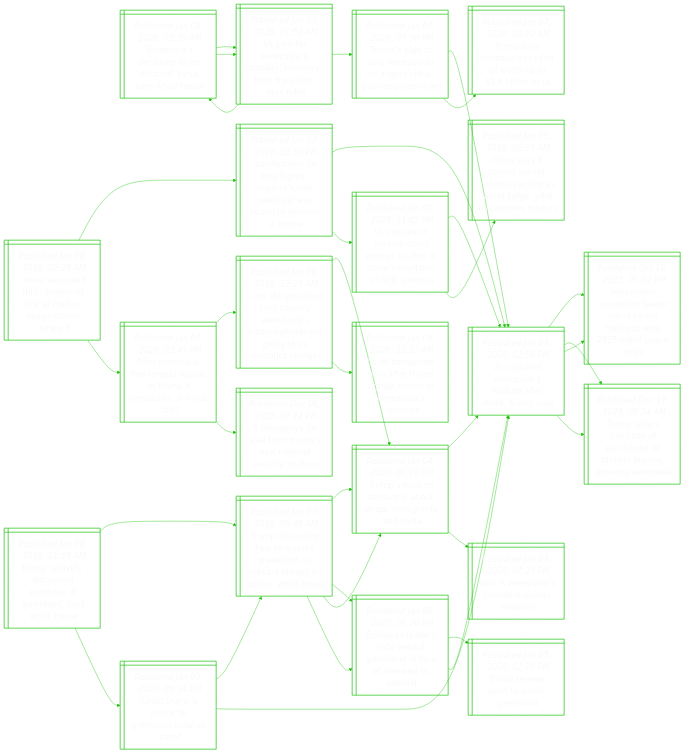
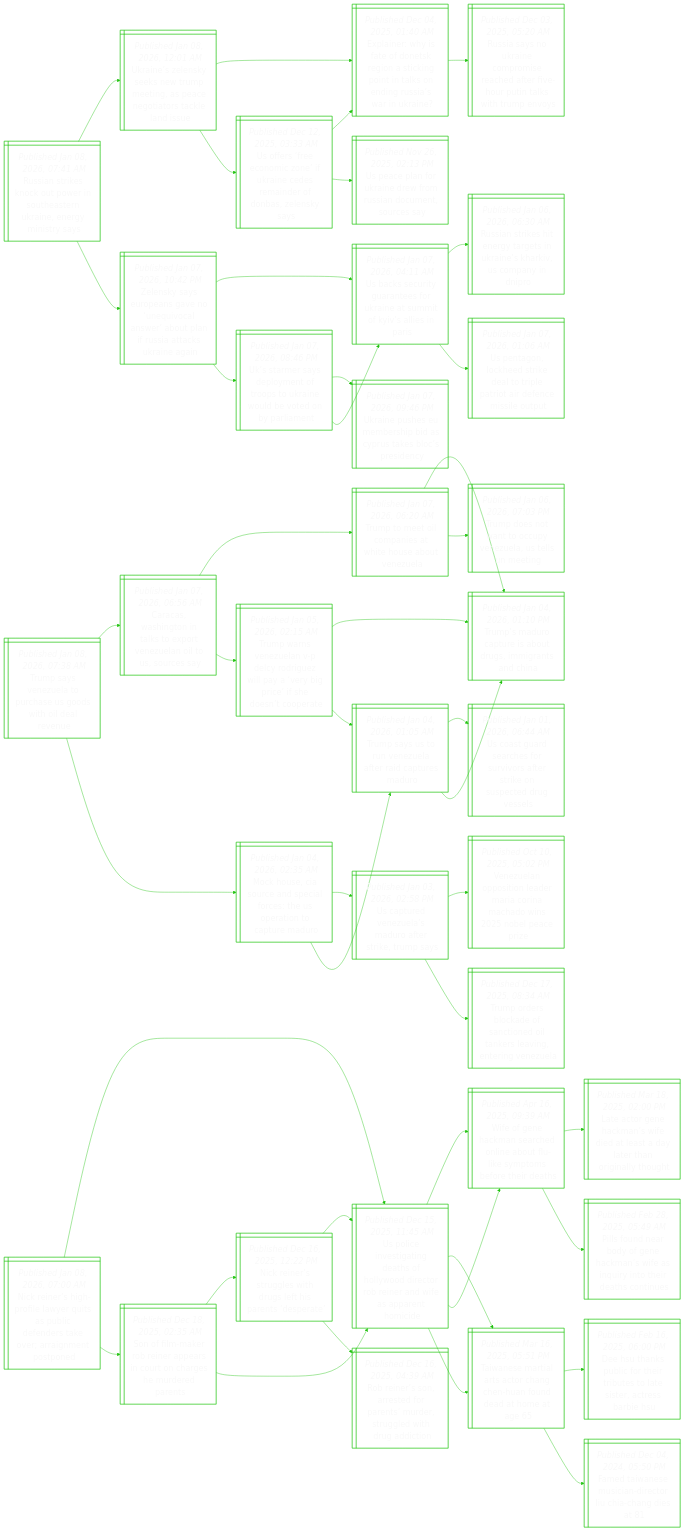
Before and after one commit to notJmes/notJmes: the diagram in README.md, drawn with Mermaid. The commit also changed other lines of this file, not shown here.

````diff
--- a/README.md
+++ b/README.md
@@ -16,112 +16,139 @@
 flowchart LR
 classDef txtsize font-size:20px;
 
-Vudiocdsho@{ shape: win-pane, label: "_Published Jan 08, 2026, 02:39 AM_
-Venezuela’s decisions to be ‘dictated’ by us, says white house" }
-UneeslernsnR@{ shape: win-pane, label: "_Published Jan 08, 2026, 01:51 AM_
-Us plan for venezuela is stability, recovery, then transition, says rubio" }
-Vudiocdsho@{ shape: win-pane, label: "_Published Jan 08, 2026, 02:39 AM_
-Venezuela’s decisions to be ‘dictated’ by us, says white house" }
-UneeslernsnR@{ shape: win-pane, label: "_Published Jan 08, 2026, 01:51 AM_
-Us plan for venezuela is stability, recovery, then transition, says rubio" }
-TsteznnCpsen@{ shape: win-pane, label: "_Published Jan 07, 2026, 07:56 PM_
-Trump’s plan to take venezuelan oil angers china, pushes prices down" }
-UtVuMorkms@{ shape: win-pane, label: "_Published Jan 03, 2026, 02:58 PM_
-Us captured venezuela’s maduro after strike, trump says" }
-TseesitoiU@{ shape: win-pane, label: "_Published Jan 07, 2026, 08:20 AM_
-Trump says venezuela to send oil worth up to $3.6 billion to us" }
+Rainueoanieirs@{ shape: win-pane, label: "_Published Jan 08, 2026, 07:41 AM_
+Russian strikes knock out power in southeastern ukraine, energy ministry says" }
+Unlysregagtals@{ shape: win-pane, label: "_Published Jan 08, 2026, 12:01 AM_
+Ukraine’s zelensky seeks new trump meeting, as peace negotiators tackle land issue" }
+EihaDsitnnannsake@{ shape: win-pane, label: "_Published Dec 04, 2025, 01:40 AM_
+Explainer: why is fate of donetsk region a sticking point in talks on ending russia’s war in ukraine?" }
+Ranaomedrhuaiuv@{ shape: win-pane, label: "_Published Dec 03, 2025, 05:20 AM_
+Russia says no ukraine compromise reached after five-hour putin talks with trump envoys" }
+UeenzfidmeoZsy@{ shape: win-pane, label: "_Published Dec 12, 2025, 03:33 AM_
+Us offers ‘free economic zone’ if ukraine cedes remainder of donbas, zelensky says" }
+EihaDsitnnannsake@{ shape: win-pane, label: "_Published Dec 04, 2025, 01:40 AM_
+Explainer: why is fate of donetsk region a sticking point in talks on ending russia’s war in ukraine?" }
+Ucnkefunmos@{ shape: win-pane, label: "_Published Nov 26, 2025, 02:13 PM_
+Us peace plan for ukraine drew from russian document, sources say" }
+ZsyosnqcsblRacra@{ shape: win-pane, label: "_Published Jan 07, 2026, 10:42 PM_
+Zelensky says europeans gave no ‘unequivocal answer’ about plan if russia attacks ukraine again" }
+UkugnframKasr@{ shape: win-pane, label: "_Published Jan 07, 2026, 04:11 AM_
+Us backs security guarantees for ukraine at summit of kyiv’s allies in paris" }
+RaiirriaKioyi@{ shape: win-pane, label: "_Published Jan 06, 2026, 06:30 AM_
+Russian strikes hit energy targets in ukraine’s kharkiv, us company in dnipro" }
+UtLereteirnsot@{ shape: win-pane, label: "_Published Jan 07, 2026, 01:06 AM_
+Us pentagon, lockheed strike deal to triple patriot air defence missile output" }
+Uasemfpkedtbln@{ shape: win-pane, label: "_Published Jan 07, 2026, 08:46 PM_
+Uk’s starmer says deployment of troops to ukraine would be voted on by parliament" }
+UnhmrbCsssiy@{ shape: win-pane, label: "_Published Jan 07, 2026, 09:46 PM_
+Ukraine pushes eu membership bid as cyprus takes bloc’s presidency" }
+UkugnframKasr@{ shape: win-pane, label: "_Published Jan 07, 2026, 04:11 AM_
+Us backs security guarantees for ukraine at summit of kyiv’s allies in paris" }
 
-Vudiocdsho:::txtsize --> UneeslernsnR:::txtsize
-UneeslernsnR:::txtsize --> Vudiocdsho:::txtsize
-Vudiocdsho:::txtsize --> UneeslernsnR:::txtsize
-UneeslernsnR:::txtsize --> TsteznnCpsen:::txtsize
-TsteznnCpsen:::txtsize --> UtVuMorkms:::txtsize
-TsteznnCpsen:::txtsize --> TseesitoiU:::txtsize
+Rainueoanieirs:::txtsize --> Unlysregagtals:::txtsize
+Unlysregagtals:::txtsize --> EihaDsitnnannsake:::txtsize
+EihaDsitnnannsake:::txtsize --> Ranaomedrhuaiuv:::txtsize
+Unlysregagtals:::txtsize --> UeenzfidmeoZsy:::txtsize
+UeenzfidmeoZsy:::txtsize --> EihaDsitnnannsake:::txtsize
+UeenzfidmeoZsy:::txtsize --> Ucnkefunmos:::txtsize
+Rainueoanieirs:::txtsize --> ZsyosnqcsblRacra:::txtsize
+ZsyosnqcsblRacra:::txtsize --> UkugnframKasr:::txtsize
+UkugnframKasr:::txtsize --> RaiirriaKioyi:::txtsize
+UkugnframKasr:::txtsize --> UtLereteirnsot:::txtsize
+ZsyosnqcsblRacra:::txtsize --> Uasemfpkedtbln:::txtsize
+Uasemfpkedtbln:::txtsize --> UnhmrbCsssiy:::txtsize
+Uasemfpkedtbln:::txtsize --> UkugnframKasr:::txtsize
 
-Netiafldmood@{ shape: win-pane, label: "_Published Jan 08, 2026, 02:26 AM_
-‘never expected this’: creator of viral ai maduro image comes forward" }
-CreoiMoetwubee@{ shape: win-pane, label: "_Published Jan 07, 2026, 03:30 PM_
-‘comfortable for long flights’: maduro’s nike sweatsuit was bound to become a meme" }
+Tseepagwiln@{ shape: win-pane, label: "_Published Jan 08, 2026, 07:38 AM_
+Trump says venezuela to purchase us goods with oil deal revenue" }
+Cahoaoreatos@{ shape: win-pane, label: "_Published Jan 07, 2026, 06:56 AM_
+Caracas, washington in talks to export venezuelan oil to us, sources say" }
+TttoiWHaVu@{ shape: win-pane, label: "_Published Jan 07, 2026, 06:20 AM_
+Trump to meet oil companies at white house about venezuela" }
+Tsrtstsgsh@{ shape: win-pane, label: "_Published Jan 04, 2026, 01:10 PM_
+Trump’s maduro capture is about drugs, immigrants and china" }
+TdotceetUt@{ shape: win-pane, label: "_Published Jan 06, 2026, 07:03 PM_
+Trump does not want to occupy venezuela, us tells un meeting" }
+TwVuVcrzpegeenpe@{ shape: win-pane, label: "_Published Jan 05, 2026, 02:15 AM_
+Trump warns venezuelan v-p delcy rodriguez will pay a ‘very big price’ if she doesn’t cooperate" }
+Tsrtstsgsh@{ shape: win-pane, label: "_Published Jan 04, 2026, 01:10 PM_
+Trump’s maduro capture is about drugs, immigrants and china" }
+TsSnzaraeu@{ shape: win-pane, label: "_Published Jan 04, 2026, 01:05 AM_
+Trump says us to run venezuela after raid captures maduro" }
+MoIrdirhpicru@{ shape: win-pane, label: "_Published Jan 04, 2026, 02:35 AM_
+Mock house, cia source and special forces: the us operation to capture maduro" }
 UtVuMorkms@{ shape: win-pane, label: "_Published Jan 03, 2026, 02:58 PM_
 Us captured venezuela’s maduro after strike, trump says" }
 Vuoilranhibai@{ shape: win-pane, label: "_Published Oct 10, 2025, 05:02 PM_
 Venezuelan opposition leader maria corina machado wins 2025 nobel peace prize" }
 Toskftdasitgz@{ shape: win-pane, label: "_Published Dec 17, 2025, 08:34 AM_
 Trump orders blockade of sanctioned oil tankers leaving, entering venezuela" }
-Utfrlmuinuiama@{ shape: win-pane, label: "_Published Jan 05, 2026, 11:45 PM_
-Us capture of maduro could prompt caution in china’s courtship of latin america" }
-UtVuMorkms@{ shape: win-pane, label: "_Published Jan 03, 2026, 02:58 PM_
-Us captured venezuela’s maduro after strike, trump says" }
-CstoeueiwjaUtMo@{ shape: win-pane, label: "_Published Jan 05, 2026, 09:35 AM_
-China says it cannot accept countries acting as ‘world judge’ after us captures maduro" }
-AVuirarurassk@{ shape: win-pane, label: "_Published Jan 07, 2026, 03:45 PM_
-After venezuela, five targets appear in trump’s crosshairs. is it just talk?" }
-Iienytnldlniorcr@{ shape: win-pane, label: "_Published Jan 06, 2026, 12:23 AM_
-‘i am still president of my country’: venezuela’s maduro pleads not guilty to us narcotics charges" }
+TsSnzaraeu@{ shape: win-pane, label: "_Published Jan 04, 2026, 01:05 AM_
+Trump says us to run venezuela after raid captures maduro" }
+Usrrfrreiscrs@{ shape: win-pane, label: "_Published Jan 01, 2026, 06:44 AM_
+Us coast guard searches for survivors after strike on suspected drug vessels" }
 Tsrtstsgsh@{ shape: win-pane, label: "_Published Jan 04, 2026, 01:10 PM_
 Trump’s maduro capture is about drugs, immigrants and china" }
-Ucnatugasnlss@{ shape: win-pane, label: "_Published Jan 06, 2026, 12:32 AM_
-Us oil companies gain after trump signals access to venezuela’s reserves" }
-twoaTsaause@{ shape: win-pane, label: "_Published Dec 06, 2025, 07:14 PM_
-5 takeaways for asia from trump’s new national security strategy" }
 
-Netiafldmood:::txtsize --> CreoiMoetwubee:::txtsize
-CreoiMoetwubee:::txtsize --> UtVuMorkms:::txtsize
+Tseepagwiln:::txtsize --> Cahoaoreatos:::txtsize
+Cahoaoreatos:::txtsize --> TttoiWHaVu:::txtsize
+TttoiWHaVu:::txtsize --> Tsrtstsgsh:::txtsize
+TttoiWHaVu:::txtsize --> TdotceetUt:::txtsize
+Cahoaoreatos:::txtsize --> TwVuVcrzpegeenpe:::txtsize
+TwVuVcrzpegeenpe:::txtsize --> Tsrtstsgsh:::txtsize
+TwVuVcrzpegeenpe:::txtsize --> TsSnzaraeu:::txtsize
+Tseepagwiln:::txtsize --> MoIrdirhpicru:::txtsize
+MoIrdirhpicru:::txtsize --> UtVuMorkms:::txtsize
 UtVuMorkms:::txtsize --> Vuoilranhibai:::txtsize
 UtVuMorkms:::txtsize --> Toskftdasitgz:::txtsize
-CreoiMoetwubee:::txtsize --> Utfrlmuinuiama:::txtsize
-Utfrlmuinuiama:::txtsize --> UtVuMorkms:::txtsize
-Utfrlmuinuiama:::txtsize --> CstoeueiwjaUtMo:::txtsize
-Netiafldmood:::txtsize --> AVuirarurassk:::txtsize
-AVuirarurassk:::txtsize --> Iienytnldlniorcr:::txtsize
-Iienytnldlniorcr:::txtsize --> Tsrtstsgsh:::txtsize
-Iienytnldlniorcr:::txtsize --> Ucnatugasnlss:::txtsize
-AVuirarurassk:::txtsize --> twoaTsaause:::txtsize
+MoIrdirhpicru:::txtsize --> TsSnzaraeu:::txtsize
+TsSnzaraeu:::txtsize --> Usrrfrreiscrs:::txtsize
+TsSnzaraeu:::txtsize --> Tsrtstsgsh:::txtsize
 
-Taesireensee@{ shape: win-pane, label: "_Published Jan 08, 2026, 01:59 AM_
-Trump ‘actively’ discussing purchase of greenland, says white house" }
-TdsharedlyypWH@{ shape: win-pane, label: "_Published Jan 07, 2026, 05:46 AM_
-Trump discussing how to acquire greenland; us military always an option: white house" }
-Tsrtstsgsh@{ shape: win-pane, label: "_Published Jan 04, 2026, 01:10 PM_
-Trump’s maduro capture is about drugs, immigrants and china" }
-UtVuMorkms@{ shape: win-pane, label: "_Published Jan 03, 2026, 02:58 PM_
-Us captured venezuela’s maduro after strike, trump says" }
-WVuPdisr@{ shape: win-pane, label: "_Published Jan 03, 2026, 07:25 PM_
-Who is venezuela’s president nicolas maduro?" }
-EearbdnienUe@{ shape: win-pane, label: "_Published Jan 06, 2026, 09:26 PM_
-European leaders rally behind greenland in face of renewed us interest" }
-Trsteed@{ shape: win-pane, label: "_Published Jan 05, 2026, 02:16 PM_
-Trump renews push to annex greenland" }
-UtVuMorkms@{ shape: win-pane, label: "_Published Jan 03, 2026, 02:58 PM_
-Us captured venezuela’s maduro after strike, trump says" }
-CTsrGllN@{ shape: win-pane, label: "_Published Jan 07, 2026, 09:34 PM_
-Could trump’s desire for greenland blow up nato?" }
-TdsharedlyypWH@{ shape: win-pane, label: "_Published Jan 07, 2026, 05:46 AM_
-Trump discussing how to acquire greenland; us military always an option: white house" }
-Tsrtstsgsh@{ shape: win-pane, label: "_Published Jan 04, 2026, 01:10 PM_
-Trump’s maduro capture is about drugs, immigrants and china" }
-EearbdnienUe@{ shape: win-pane, label: "_Published Jan 06, 2026, 09:26 PM_
-European leaders rally behind greenland in face of renewed us interest" }
-UtVuMorkms@{ shape: win-pane, label: "_Published Jan 03, 2026, 02:58 PM_
-Us captured venezuela’s maduro after strike, trump says" }
-Vuoilranhibai@{ shape: win-pane, label: "_Published Oct 10, 2025, 05:02 PM_
-Venezuelan opposition leader maria corina machado wins 2025 nobel peace prize" }
-Toskftdasitgz@{ shape: win-pane, label: "_Published Dec 17, 2025, 08:34 AM_
-Trump orders blockade of sanctioned oil tankers leaving, entering venezuela" }
+Nesplyipcntvrmon@{ shape: win-pane, label: "_Published Jan 08, 2026, 07:00 AM_
+Nick reiner’s high-profile lawyer quits as public defenders take over; arraignment postponed" }
+Uivgghoorreafpni@{ shape: win-pane, label: "_Published Dec 15, 2025, 11:45 AM_
+Us police investigating deaths of hollywood director rob reiner and wife as apparent homicide" }
+WfHaroetimsrit@{ shape: win-pane, label: "_Published Apr 16, 2025, 09:39 AM_
+Wife of gene hackman searched online about flu-like symptoms before their deaths" }
+Lcecsdttltraht@{ shape: win-pane, label: "_Published Mar 18, 2025, 02:00 PM_
+Late actor gene hackman’s wife died at least a day later than originally thought" }
+PfnoGaneqihecn@{ shape: win-pane, label: "_Published Feb 28, 2025, 05:49 AM_
+Pills found near body of gene hackman’s wife as inquiry into their deaths continues" }
+TnalaCCuuaoa@{ shape: win-pane, label: "_Published Mar 16, 2025, 05:51 PM_
+Taiwanese martial arts actor chang chen-huan found dead at home at age 65" }
+Duklrruosrers@{ shape: win-pane, label: "_Published Feb 16, 2025, 06:00 PM_
+Dee hsu thanks public for their tributes to late sister, actress barbie hsu" }
+FTnuaeLins@{ shape: win-pane, label: "_Published Dec 04, 2024, 05:50 PM_
+Famed taiwanese musician-director liu chia-chang dies at 81" }
+Sfaonpirhsrdn@{ shape: win-pane, label: "_Published Dec 18, 2025, 02:35 AM_
+Son of film-maker rob reiner appears in court on charges he murdered parents" }
+Nesgwresnst@{ shape: win-pane, label: "_Published Dec 16, 2025, 12:22 PM_
+Nick reiner’s struggles with drugs left his parents ‘desperate’" }
+Uivgghoorreafpni@{ shape: win-pane, label: "_Published Dec 15, 2025, 11:45 AM_
+Us police investigating deaths of hollywood director rob reiner and wife as apparent homicide" }
+Risrdaseudddi@{ shape: win-pane, label: "_Published Dec 16, 2025, 04:39 AM_
+Rob reiner’s son, arrested for parents’ murder, struggled with drug addiction" }
+Uivgghoorreafpni@{ shape: win-pane, label: "_Published Dec 15, 2025, 11:45 AM_
+Us police investigating deaths of hollywood director rob reiner and wife as apparent homicide" }
+WfHaroetimsrit@{ shape: win-pane, label: "_Published Apr 16, 2025, 09:39 AM_
+Wife of gene hackman searched online about flu-like symptoms before their deaths" }
+TnalaCCuuaoa@{ shape: win-pane, label: "_Published Mar 16, 2025, 05:51 PM_
+Taiwanese martial arts actor chang chen-huan found dead at home at age 65" }
 
-Taesireensee:::txtsize --> TdsharedlyypWH:::txtsize
-TdsharedlyypWH:::txtsize --> Tsrtstsgsh:::txtsize
-Tsrtstsgsh:::txtsize --> UtVuMorkms:::txtsize
-Tsrtstsgsh:::txtsize --> WVuPdisr:::txtsize
-TdsharedlyypWH:::txtsize --> EearbdnienUe:::txtsize
-EearbdnienUe:::txtsize --> Trsteed:::txtsize
-EearbdnienUe:::txtsize --> UtVuMorkms:::txtsize
-Taesireensee:::txtsize --> CTsrGllN:::txtsize
-CTsrGllN:::txtsize --> TdsharedlyypWH:::txtsize
-TdsharedlyypWH:::txtsize --> Tsrtstsgsh:::txtsize
-TdsharedlyypWH:::txtsize --> EearbdnienUe:::txtsize
-CTsrGllN:::txtsize --> UtVuMorkms:::txtsize
-UtVuMorkms:::txtsize --> Vuoilranhibai:::txtsize
-UtVuMorkms:::txtsize --> Toskftdasitgz:::txtsize
+Nesplyipcntvrmon:::txtsize --> Uivgghoorreafpni:::txtsize
+Uivgghoorreafpni:::txtsize --> WfHaroetimsrit:::txtsize
+WfHaroetimsrit:::txtsize --> Lcecsdttltraht:::txtsize
+WfHaroetimsrit:::txtsize --> PfnoGaneqihecn:::txtsize
+Uivgghoorreafpni:::txtsize --> TnalaCCuuaoa:::txtsize
+TnalaCCuuaoa:::txtsize --> Duklrruosrers:::txtsize
+TnalaCCuuaoa:::txtsize --> FTnuaeLins:::txtsize
+Nesplyipcntvrmon:::txtsize --> Sfaonpirhsrdn:::txtsize
+Sfaonpirhsrdn:::txtsize --> Nesgwresnst:::txtsize
+Nesgwresnst:::txtsize --> Uivgghoorreafpni:::txtsize
+Nesgwresnst:::txtsize --> Risrdaseudddi:::txtsize
+Sfaonpirhsrdn:::txtsize --> Uivgghoorreafpni:::txtsize
+Uivgghoorreafpni:::txtsize --> WfHaroetimsrit:::txtsize
+Uivgghoorreafpni:::txtsize --> TnalaCCuuaoa:::txtsize
 
 ```
````
